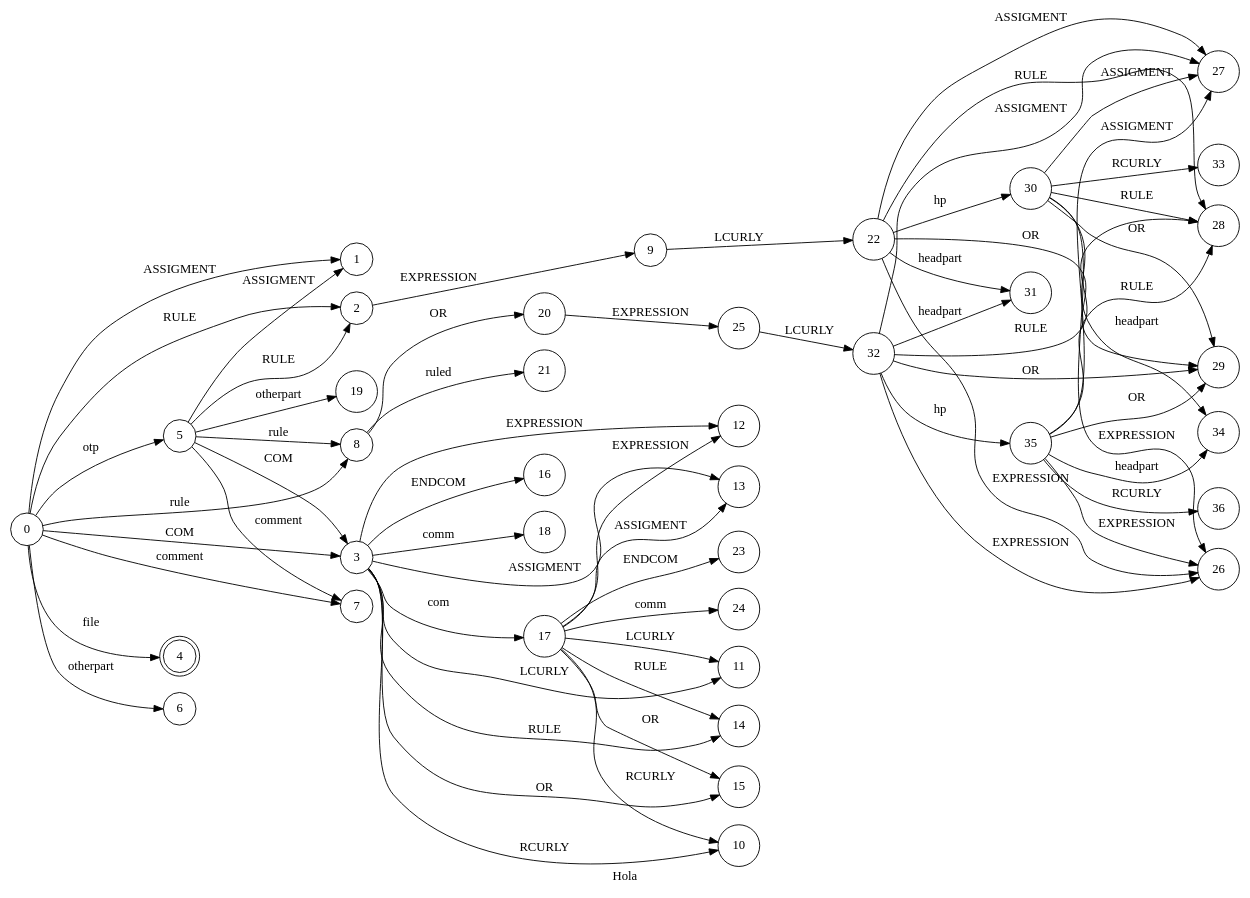
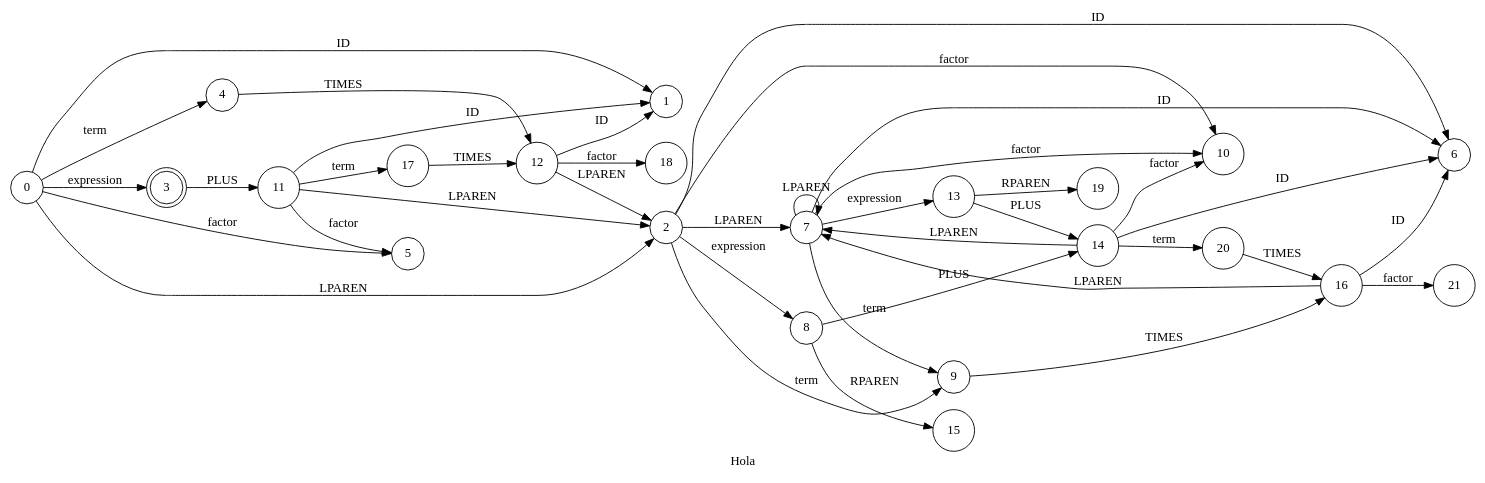
One commit to Danval-003/From_LR0_To_LR1_Construction changed the diagram in newYaparReader/LR0/Dinamo/LR0_explicit.gv. Above: the diagram before and after it, drawn with Graphviz. The commit also changed 26 other files, not shown here.

```diff
--- a/newYaparReader/LR0/Dinamo/LR0_explicit.gv
+++ b/newYaparReader/LR0/Dinamo/LR0_explicit.gv
@@ -1,103 +1,65 @@
 // LR0
 digraph {
 	rankdir=LR
 	label=Hola
 	0 [label=0 shape=circle]
 	1 [label=1 shape=circle]
-	0 -> 1 [label=ASSIGMENT]
+	0 -> 1 [label=ID]
 	2 [label=2 shape=circle]
+	6 [label=6 shape=circle]
+	2 -> 6 [label=ID]
+	7 [label=7 shape=circle]
+	7 -> 6 [label=ID]
+	7 -> 7 [label=LPAREN]
+	13 [label=13 shape=circle]
+	14 [label=14 shape=circle]
+	14 -> 6 [label=ID]
+	14 -> 7 [label=LPAREN]
+	20 [label=20 shape=circle]
+	16 [label=16 shape=circle]
+	16 -> 6 [label=ID]
+	16 -> 7 [label=LPAREN]
+	21 [label=21 shape=circle]
+	16 -> 21 [label=factor]
+	20 -> 16 [label=TIMES]
+	14 -> 20 [label=term]
+	10 [label=10 shape=circle]
+	14 -> 10 [label=factor]
+	13 -> 14 [label=PLUS]
+	19 [label=19 shape=circle]
+	13 -> 19 [label=RPAREN]
+	7 -> 13 [label=expression]
 	9 [label=9 shape=circle]
-	22 [label=22 shape=circle]
-	26 [label=26 shape=circle]
-	22 -> 26 [label=EXPRESSION]
-	27 [label=27 shape=circle]
-	22 -> 27 [label=ASSIGMENT]
-	28 [label=28 shape=circle]
-	22 -> 28 [label=RULE]
-	29 [label=29 shape=circle]
-	22 -> 29 [label=OR]
-	30 [label=30 shape=circle]
-	33 [label=33 shape=circle]
-	30 -> 33 [label=RCURLY]
-	30 -> 26 [label=EXPRESSION]
-	30 -> 27 [label=ASSIGMENT]
-	30 -> 28 [label=RULE]
-	30 -> 29 [label=OR]
-	34 [label=34 shape=circle]
-	30 -> 34 [label=headpart]
-	22 -> 30 [label=hp]
-	31 [label=31 shape=circle]
-	22 -> 31 [label=headpart]
-	9 -> 22 [label=LCURLY]
-	2 -> 9 [label=EXPRESSION]
-	0 -> 2 [label=RULE]
-	3 [label=3 shape=circle]
-	10 [label=10 shape=circle]
-	3 -> 10 [label=RCURLY]
+	9 -> 16 [label=TIMES]
+	7 -> 9 [label=term]
+	7 -> 10 [label=factor]
+	2 -> 7 [label=LPAREN]
+	8 [label=8 shape=circle]
+	8 -> 14 [label=PLUS]
+	15 [label=15 shape=circle]
+	8 -> 15 [label=RPAREN]
+	2 -> 8 [label=expression]
+	2 -> 9 [label=term]
+	2 -> 10 [label=factor]
+	0 -> 2 [label=LPAREN]
+	3 [label=3 shape=doublecircle]
 	11 [label=11 shape=circle]
-	3 -> 11 [label=LCURLY]
+	11 -> 1 [label=ID]
+	11 -> 2 [label=LPAREN]
+	17 [label=17 shape=circle]
 	12 [label=12 shape=circle]
-	3 -> 12 [label=EXPRESSION]
-	13 [label=13 shape=circle]
-	3 -> 13 [label=ASSIGMENT]
-	14 [label=14 shape=circle]
-	3 -> 14 [label=RULE]
-	15 [label=15 shape=circle]
-	3 -> 15 [label=OR]
-	16 [label=16 shape=circle]
-	3 -> 16 [label=ENDCOM]
-	17 [label=17 shape=circle]
-	17 -> 10 [label=RCURLY]
-	17 -> 11 [label=LCURLY]
-	17 -> 12 [label=EXPRESSION]
-	17 -> 13 [label=ASSIGMENT]
-	17 -> 14 [label=RULE]
-	17 -> 15 [label=OR]
-	23 [label=23 shape=circle]
-	17 -> 23 [label=ENDCOM]
-	24 [label=24 shape=circle]
-	17 -> 24 [label=comm]
-	3 -> 17 [label=com]
+	12 -> 1 [label=ID]
+	12 -> 2 [label=LPAREN]
 	18 [label=18 shape=circle]
-	3 -> 18 [label=comm]
-	0 -> 3 [label=COM]
-	4 [label=4 shape=doublecircle]
-	0 -> 4 [label=file]
+	12 -> 18 [label=factor]
+	17 -> 12 [label=TIMES]
+	11 -> 17 [label=term]
 	5 [label=5 shape=circle]
-	5 -> 1 [label=ASSIGMENT]
-	5 -> 2 [label=RULE]
-	5 -> 3 [label=COM]
-	19 [label=19 shape=circle]
-	5 -> 19 [label=otherpart]
-	7 [label=7 shape=circle]
-	5 -> 7 [label=comment]
-	8 [label=8 shape=circle]
-	20 [label=20 shape=circle]
-	25 [label=25 shape=circle]
-	32 [label=32 shape=circle]
-	32 -> 26 [label=EXPRESSION]
-	32 -> 27 [label=ASSIGMENT]
-	32 -> 28 [label=RULE]
-	32 -> 29 [label=OR]
-	35 [label=35 shape=circle]
-	36 [label=36 shape=circle]
-	35 -> 36 [label=RCURLY]
-	35 -> 26 [label=EXPRESSION]
-	35 -> 27 [label=ASSIGMENT]
-	35 -> 28 [label=RULE]
-	35 -> 29 [label=OR]
-	35 -> 34 [label=headpart]
-	32 -> 35 [label=hp]
-	32 -> 31 [label=headpart]
-	25 -> 32 [label=LCURLY]
-	20 -> 25 [label=EXPRESSION]
-	8 -> 20 [label=OR]
-	21 [label=21 shape=circle]
-	8 -> 21 [label=ruled]
-	5 -> 8 [label=rule]
-	0 -> 5 [label=otp]
-	6 [label=6 shape=circle]
-	0 -> 6 [label=otherpart]
-	0 -> 7 [label=comment]
-	0 -> 8 [label=rule]
+	11 -> 5 [label=factor]
+	3 -> 11 [label=PLUS]
+	0 -> 3 [label=expression]
+	4 [label=4 shape=circle]
+	4 -> 12 [label=TIMES]
+	0 -> 4 [label=term]
+	0 -> 5 [label=factor]
 }
```
